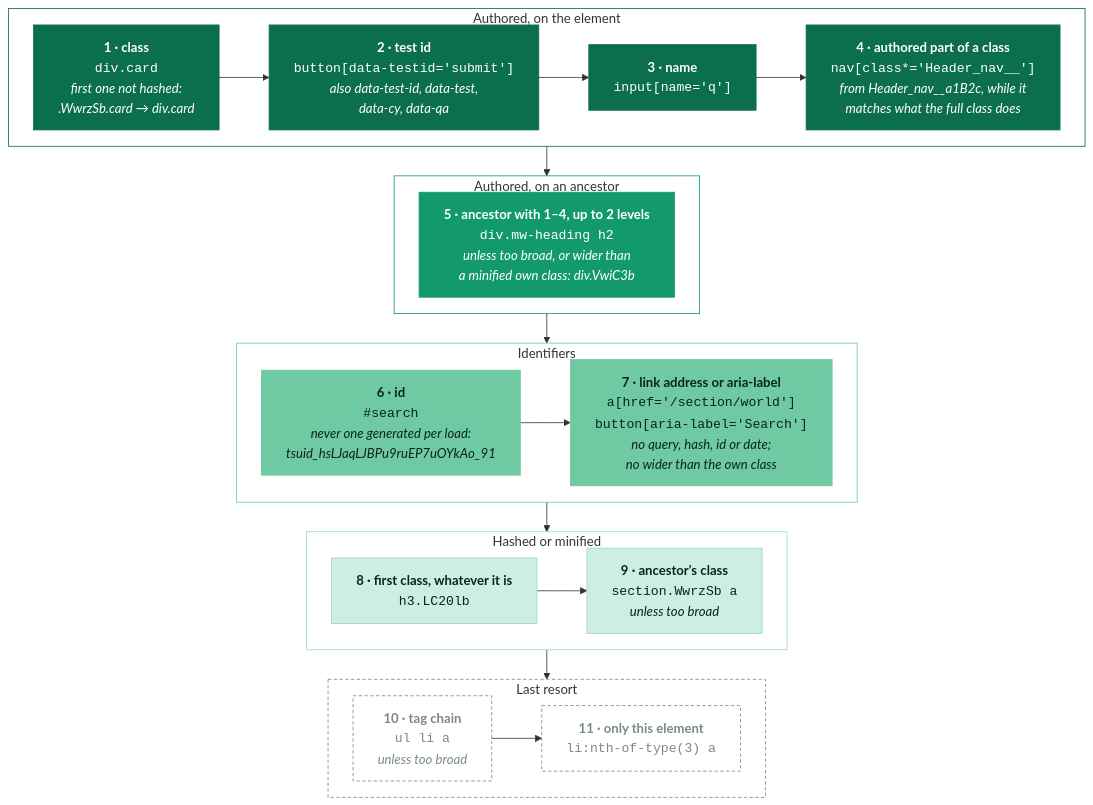
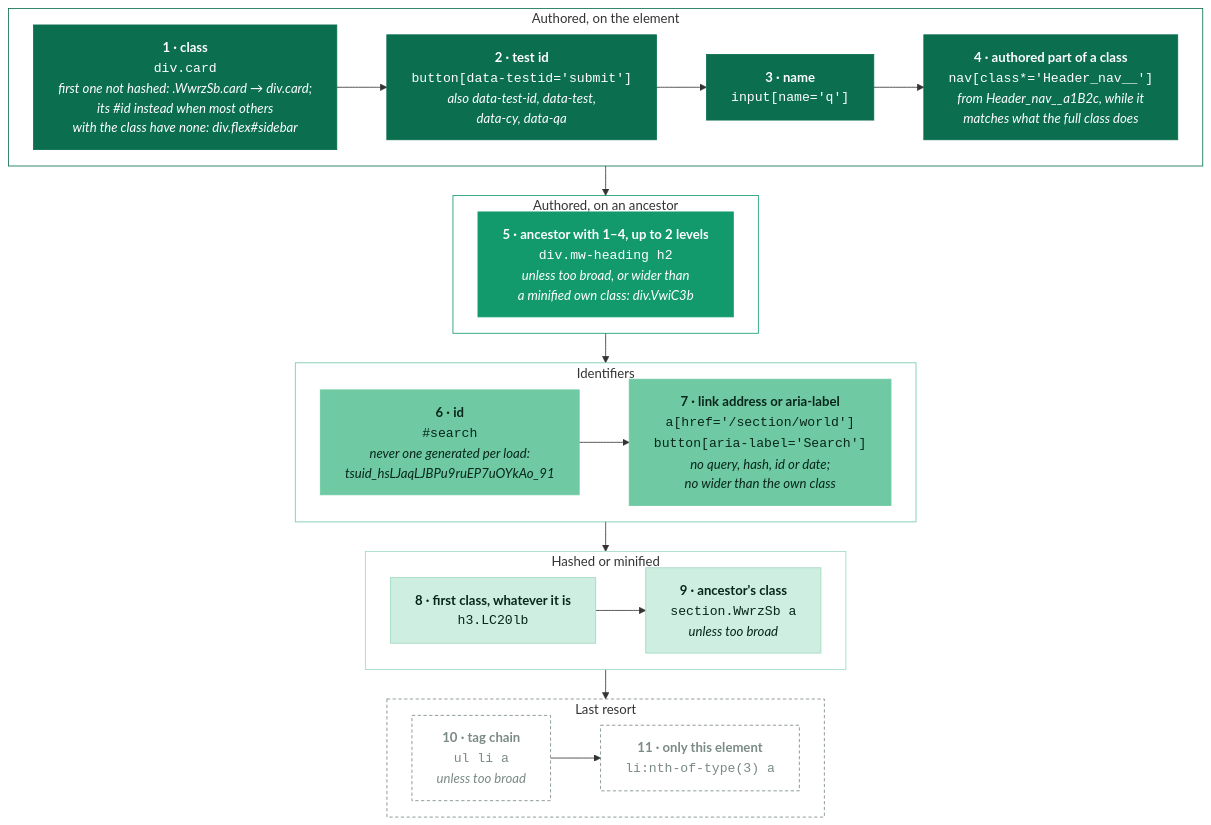
One commit to ankit/stylebot changed the diagram in docs/selectors.md. Above: the diagram before and after it, drawn with Mermaid. The commit also changed 3 other files, not shown here.

Commit message:
fix(selectors): use an element's #id when most others with its class have none (#1288)

````diff
--- a/docs/selectors.md
+++ b/docs/selectors.md
@@ -14,51 +14,51 @@
 ```mermaid
 %%{init: {"flowchart": {"curve": "basis", "nodeSpacing": 20, "rankSpacing": 36, "wrappingWidth": 320}, "themeCSS": "g.node code { font-family: ui-monospace, SFMono-Regular, Menlo, monospace; font-size: 12px; padding: 1px 6px; border-radius: 4px; white-space: nowrap; } g.t1 code, g.t2 code { background: rgba(255,255,255,0.16); } g.t3 code, g.t4 code { background: rgba(8,38,27,0.10); } g.t5 code { background: rgba(122,138,132,0.14); } g.node i { font-size: 11px; opacity: 0.85; }"}}%%
 flowchart TB
     subgraph authored["Authored, on the element"]
         direction LR
-        S1["<b>1 · class</b><br/><code>div.card</code><br/><i>first one not hashed:<br/>.WwrzSb.card → div.card</i>"]
+        S1["<b>1 · class</b><br/><code>div.card</code><br/><i>first one not hashed: .WwrzSb.card → div.card;<br/>its #id instead when most others<br/>with the class have none: div.flex#sidebar</i>"]
         S2["<b>2 · test id</b><br/><code>button[data-testid='submit']</code><br/><i>also data-test-id, data-test,<br/>data-cy, data-qa</i>"]
         S3["<b>3 · name</b><br/><code>input[name='q']</code>"]
         S4["<b>4 · authored part of a class</b><br/><code>nav[class*='Header_nav__']</code><br/><i>from Header_nav__a1B2c, while it<br/>matches what the full class does</i>"]
         S1 --> S2 --> S3 --> S4
     end
     subgraph scoped["Authored, on an ancestor"]
         direction LR
         S5["<b>5 · ancestor with 1–4, up to 2 levels</b><br/><code>div.mw-heading h2</code><br/><i>unless too broad, or wider than<br/>a minified own class: div.VwiC3b</i>"]
     end
     subgraph ids["Identifiers"]
         direction LR
         S6["<b>6 · id</b><br/><code>#search</code><br/><i>never one generated per load:<br/>tsuid_hsLJaqLJBPu9ruEP7uOYkAo_91</i>"]
         S7["<b>7 · link address or aria-label</b><br/><code>a[href='/section/world']</code><br/><code>button[aria-label='Search']</code><br/><i>no query, hash, id or date;<br/>no wider than the own class</i>"]
         S6 --> S7
     end
     subgraph hashed["Hashed or minified"]
         direction LR
         S8["<b>8 · first class, whatever it is</b><br/><code>h3.LC20lb</code>"]
         S9["<b>9 · ancestor's class</b><br/><code>section.WwrzSb a</code><br/><i>unless too broad</i>"]
         S8 --> S9
     end
     subgraph last["Last resort"]
         direction LR
         S10["<b>10 · tag chain</b><br/><code>ul li a</code><br/><i>unless too broad</i>"]
         S11["<b>11 · only this element</b><br/><code>li:nth-of-type(3) a</code>"]
         S10 --> S11
     end
     authored --> scoped --> ids --> hashed --> last
 
     classDef t1 fill:#0b6e4f,stroke:#0b6e4f,color:#ffffff
     classDef t2 fill:#139a6c,stroke:#139a6c,color:#ffffff
     classDef t3 fill:#6fcaa4,stroke:#6fcaa4,color:#08261b
     classDef t4 fill:#cdeee0,stroke:#9fd9c0,color:#08261b
     classDef t5 fill:transparent,stroke:#7a8a84,stroke-dasharray:4 3,color:#7a8a84
     class S1,S2,S3,S4 t1
     class S5 t2
     class S6,S7 t3
     class S8,S9 t4
     class S10,S11 t5
     style authored fill:transparent,stroke:#0b6e4f,stroke-width:1px
     style scoped fill:transparent,stroke:#139a6c,stroke-width:1px
     style ids fill:transparent,stroke:#6fcaa4,stroke-width:1px
     style hashed fill:transparent,stroke:#9fd9c0,stroke-width:1px
     style last fill:transparent,stroke:#7a8a84,stroke-width:1px,stroke-dasharray:4 3
 ```
````
